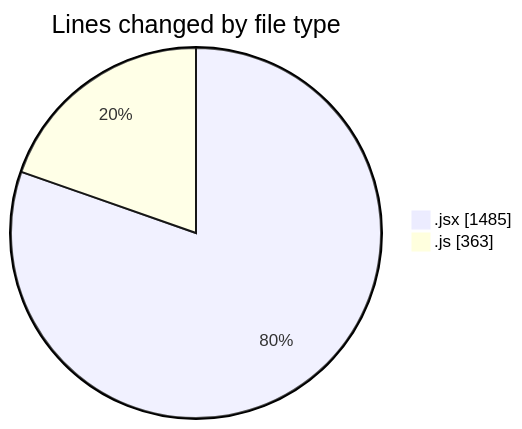
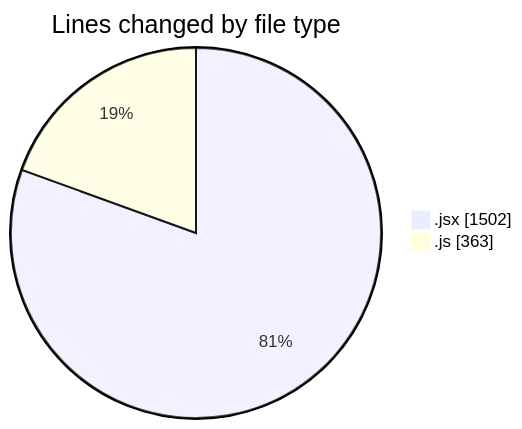
The first of 2 diagrams in 2025-11-06/nxtqube_webapp/README.md (nxtqubesakshisongat/code-tracking), drawn with Mermaid before and after one commit. The commit also changed other lines of this file and 1 other file, not shown here.

````diff
--- a/2025-11-06/nxtqube_webapp/README.md
+++ b/2025-11-06/nxtqube_webapp/README.md
@@ -24,6 +24,6 @@
 ```mermaid
 pie showData
 title Lines changed by file type
-".jsx" : 1485
+".jsx" : 1502
 ".js" : 363
 ```
````
